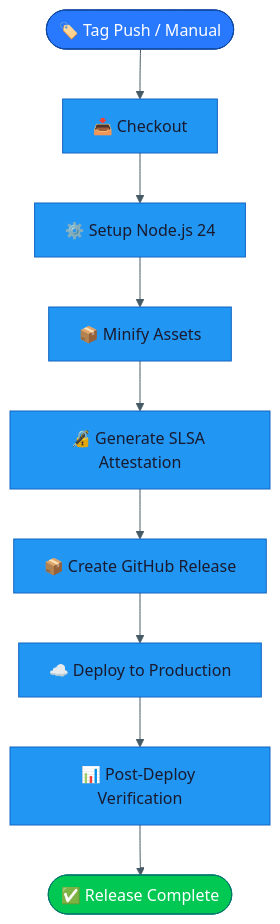
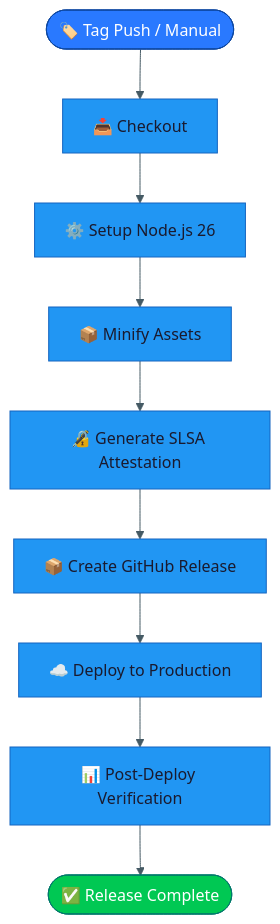
Before and after one commit to Hack23/homepage: the sixth of 6 diagrams in FLOWCHART.md, drawn with Mermaid. The commit also changed other lines of this file and 11 other files, not shown here.

````diff
--- a/FLOWCHART.md
+++ b/FLOWCHART.md
@@ -223,15 +223,15 @@
 ```mermaid
 %%{init: {"theme": "base", "themeVariables": {"primaryColor": "#2196F3", "primaryTextColor": "#1a1a2e", "lineColor": "#455A64", "secondaryColor": "#e8f5e9", "tertiaryColor": "#fff8e1", "primaryBorderColor": "#1565C0"}}}%%
 flowchart TD
     Tag([🏷️ Tag Push / Manual]) --> Checkout[📥 Checkout]
-    Checkout --> Setup[⚙️ Setup Node.js 24]
+    Checkout --> Setup[⚙️ Setup Node.js 26]
     Setup --> Minify[📦 Minify Assets]
     Minify --> Attest[🔏 Generate SLSA Attestation]
     Attest --> Release[📦 Create GitHub Release]
     Release --> Deploy[☁️ Deploy to Production]
     Deploy --> PostDeploy[📊 Post-Deploy Verification]
     PostDeploy --> Done([✅ Release Complete])
 
     style Tag fill:#2979FF,stroke:#0D47A1,color:#fff
     style Done fill:#00C853,stroke:#00796B,color:#fff
 ```
````
